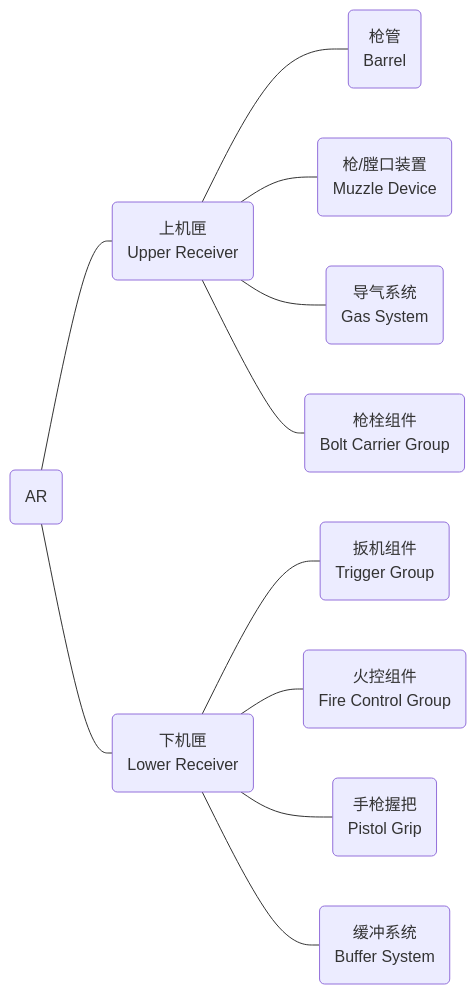
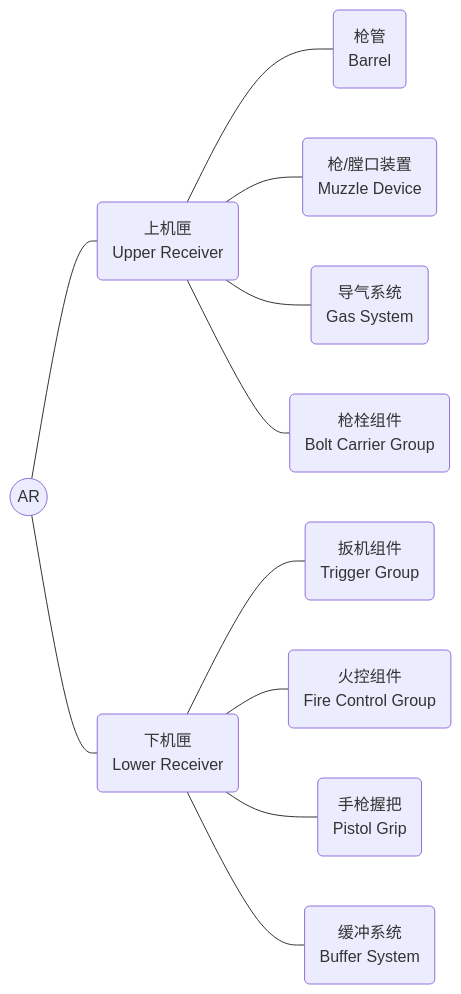
One commit to seraphdoo/BuildingGun changed the diagram in README.md. Above: the diagram before and after it, drawn with Mermaid.

````diff
--- a/README.md
+++ b/README.md
@@ -3,35 +3,35 @@
 ```mermaid
 
 graph LR;
-  ar(AR);
+  ar((AR));
   up(上机匣
   Upper Receiver);
   lo(下机匣
   Lower Receiver);
   barr(枪管
   Barrel);
   muzz(枪/膛口装置
   Muzzle Device);
   gas(导气系统
   Gas System);
   bolt(枪栓组件
   Bolt Carrier Group);
   trig(扳机组件
   Trigger Group);
   fire(火控组件
   Fire Control Group);
   pist(手枪握把
   Pistol Grip);
   buff(缓冲系统
   Buffer System);
   ar --- up;
   ar --- lo;
   up --- barr;
   up --- muzz;
   up --- gas;
   up --- bolt;
   lo --- trig;
   lo --- fire;
   lo --- pist;
   lo --- buff;
 ```
````
